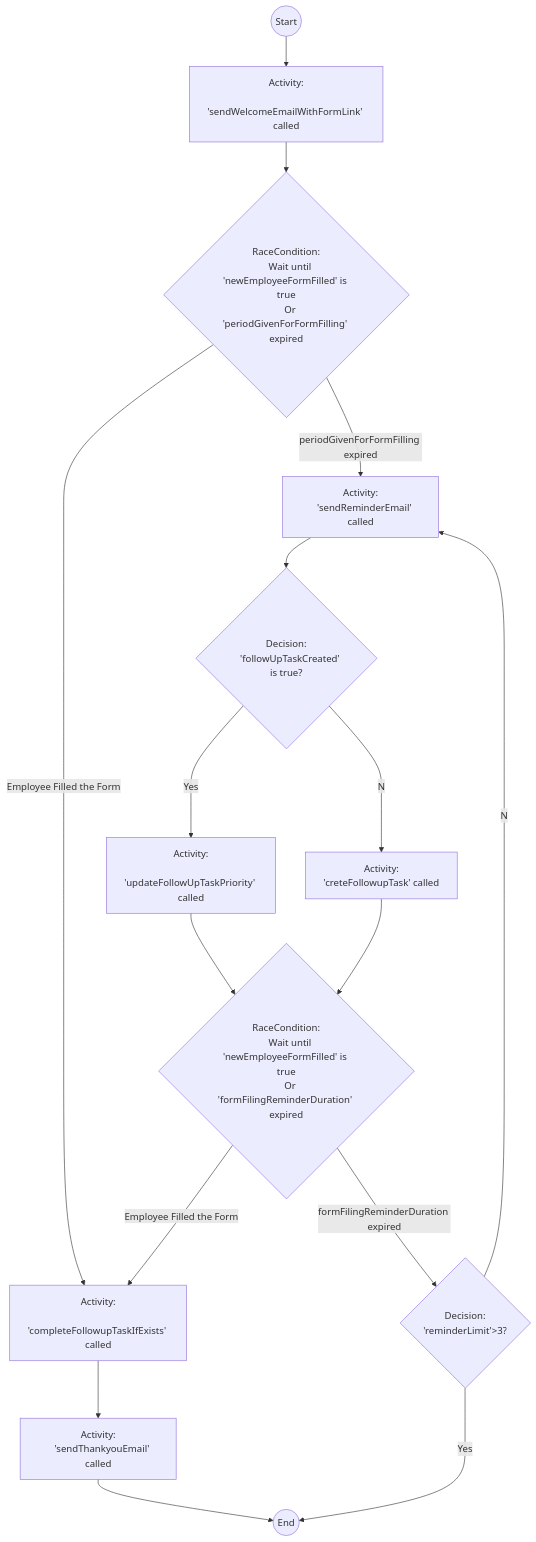
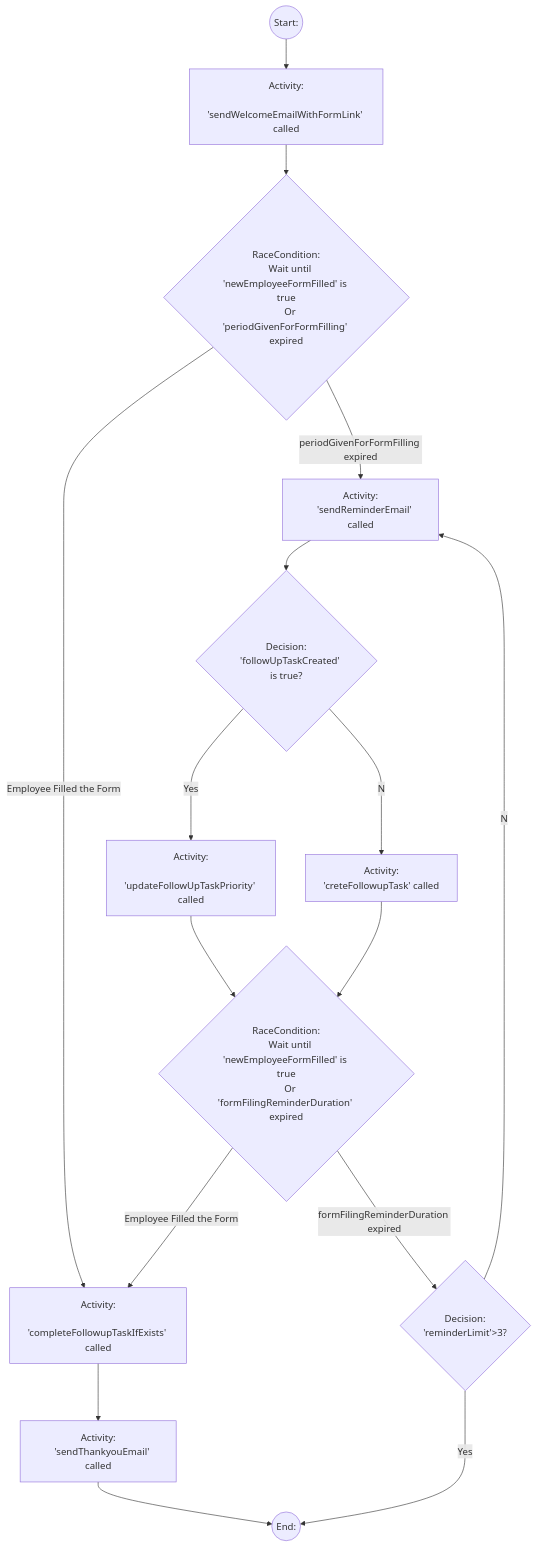
The diagram in README.md (bksdrodrigo/temporal-ts-base), drawn with Mermaid before and after one commit. The commit also changed other lines of this file, not shown here.

````diff
--- a/README.md
+++ b/README.md
@@ -143,29 +143,29 @@
 ```mermaid
 graph TD
-    A((Start)) --> B["Activity:
+    A((Start:)) --> B["Activity:
     'sendWelcomeEmailWithFormLink' called"]
     B-->C{"RaceCondition:
     Wait until 'newEmployeeFormFilled' is true
     Or 'periodGivenForFormFilling' expired"}
     C--Employee Filled the Form-->E["Activity:
     'completeFollowupTaskIfExists' called "]
     E-->F["Activity:
     'sendThankyouEmail' called"]
-    F-->G((End))
+    F-->G((End:))
     C--periodGivenForFormFilling expired-->H["Activity:
     'sendReminderEmail' called"]
     H-->I{"Decision:
     'followUpTaskCreated' is true?"}
     I--Yes-->J["Activity:
     'updateFollowUpTaskPriority' called"]
     I--No-->K["Activity:
     'creteFollowupTask' called"]
     J & K-->L{"RaceCondition:
     Wait until 'newEmployeeFormFilled' is true
     Or 'formFilingReminderDuration' expired"}
     L--Employee Filled the Form-->E
     L--formFilingReminderDuration expired-->M{"Decision:
     'reminderLimit'>3?"}
     M--No-->H
     M--Yes-->G
 ```
````
